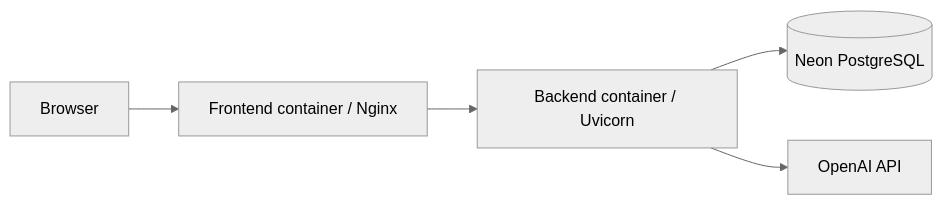
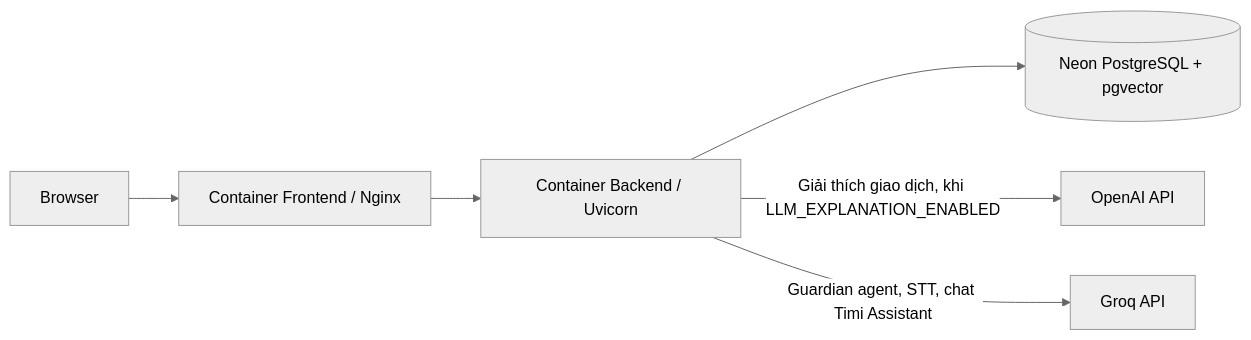
One commit to ngovan15121977-bit/Anti-Scam-Demo changed the fourth of 4 diagrams in ARCHITECTURE.md. Above: the diagram before and after it, drawn with Mermaid (neutral theme). The commit also changed other lines of this file and 39 other files, not shown here.

````diff
--- a/ARCHITECTURE.md
+++ b/ARCHITECTURE.md
@@ -117,7 +202,8 @@
 ```mermaid
 flowchart LR
-    Browser --> FE[Frontend container / Nginx]
-    FE --> BE[Backend container / Uvicorn]
-    BE --> N[(Neon PostgreSQL)]
-    BE --> O[OpenAI API]
+    Browser --> FE[Container Frontend / Nginx]
+    FE --> BE[Container Backend / Uvicorn]
+    BE --> N[(Neon PostgreSQL + pgvector)]
+    BE -->|Giải thích giao dịch, khi LLM_EXPLANATION_ENABLED| O[OpenAI API]
+    BE -->|Guardian agent, STT, chat Timi Assistant| GR[Groq API]
 ```
````
